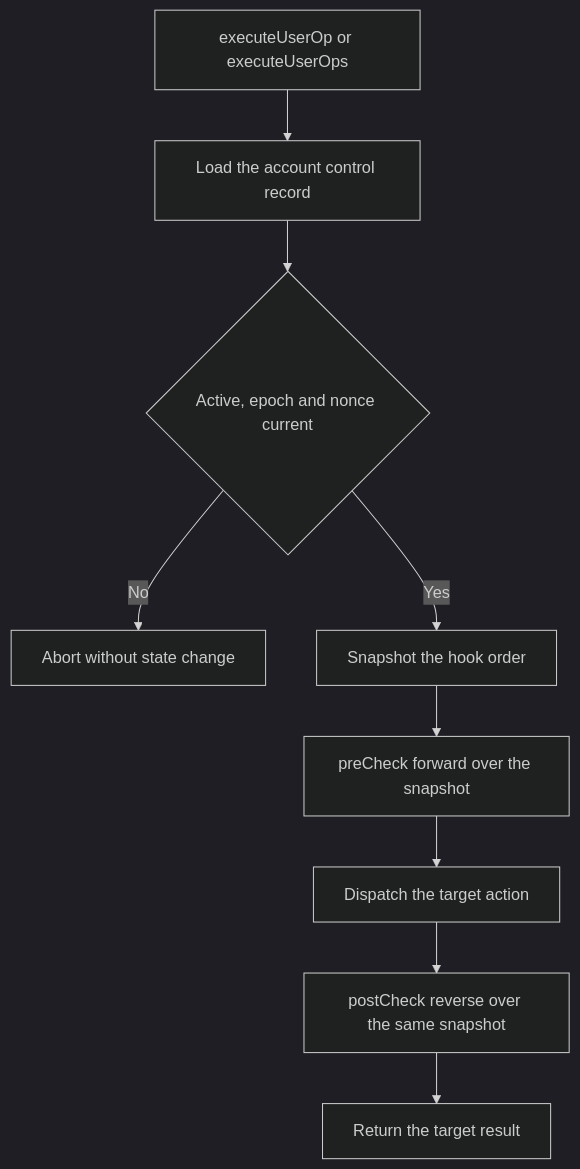
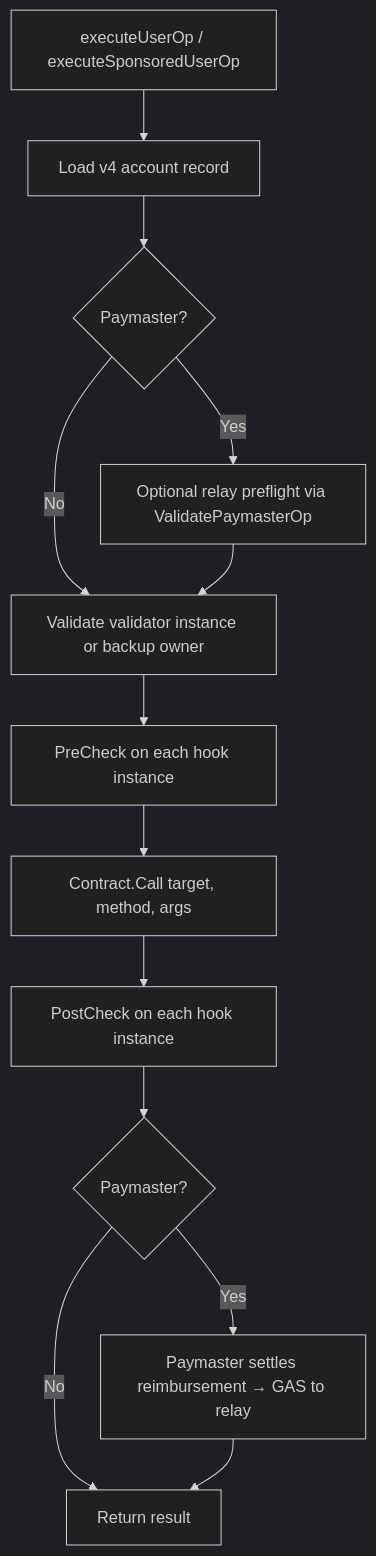
Before and after one commit to r3e-network/neo-os-aa: the third of 3 diagrams in frontend/src/assets/docs/architecture.md, drawn with Mermaid (dark theme). The commit also changed other lines of this file and 148 other files, not shown here.

````diff
--- a/frontend/src/assets/docs/architecture.md
+++ b/frontend/src/assets/docs/architecture.md
@@ -100,11 +69,15 @@
 ```mermaid
 flowchart TD
-  Entry[executeUserOp or executeUserOps] --> Load[Load the account control record]
-  Load --> Sane{Active, epoch and nonce current}
-  Sane -- No --> Reject[Abort without state change]
-  Sane -- Yes --> Hooks[Snapshot the hook order]
-  Hooks --> Pre[preCheck forward over the snapshot]
-  Pre --> Dispatch[Dispatch the target action]
-  Dispatch --> Post[postCheck reverse over the same snapshot]
-  Post --> Return[Return the target result]
+  Entry[executeUserOp / executeSponsoredUserOp] --> Load[Load v4 account record]
+  Load --> PM{Paymaster?}
+  PM -- Yes --> PMValidate[Optional relay preflight via ValidatePaymasterOp]
+  PM -- No --> Auth
+  PMValidate --> Auth[Validate validator instance or backup owner]
+  Auth --> Pre[PreCheck on each hook instance]
+  Pre --> Call[Contract.Call target, method, args]
+  Call --> Post[PostCheck on each hook instance]
+  Post --> Settle{Paymaster?}
+  Settle -- Yes --> PMSettle[Paymaster settles reimbursement → GAS to relay]
+  Settle -- No --> Done[Return result]
+  PMSettle --> Done
 ```
````
